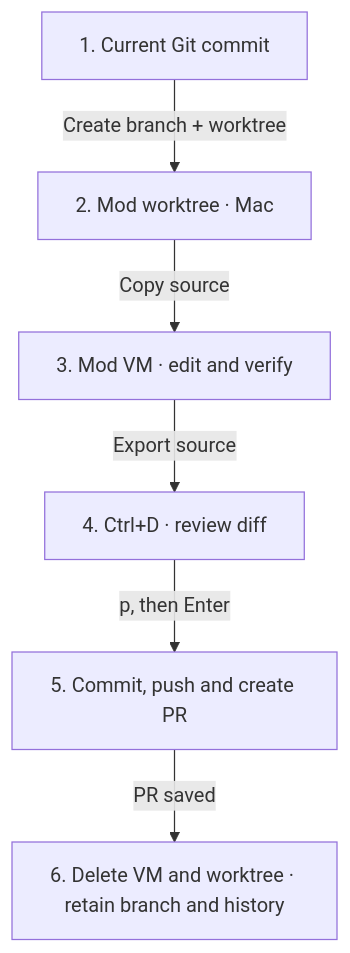
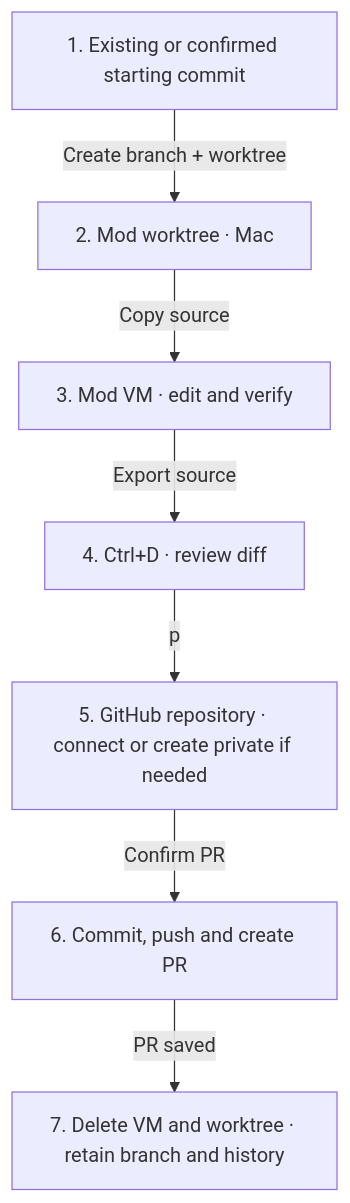
Before and after one commit to minimumeffort-dev/sprowt.harness: the first of 2 diagrams in docs/git-workflow.md, drawn with Mermaid. The commit also changed other lines of this file and 14 other files, not shown here.

Commit message:
Handle project Git setup and publish saved codemods

````diff
--- a/docs/git-workflow.md
+++ b/docs/git-workflow.md
@@ -5,8 +16,9 @@
 ```mermaid
 flowchart TB
-    base["1. Current Git commit"] -->|"Create branch + worktree"| mod["2. Mod worktree · Mac"]
+    base["1. Existing or confirmed starting commit"] -->|"Create branch + worktree"| mod["2. Mod worktree · Mac"]
     mod -->|"Copy source"| vm["3. Mod VM · edit and verify"]
     vm -->|"Export source"| review["4. Ctrl+D · review diff"]
-    review -->|"p, then Enter"| pr["5. Commit, push and create PR"]
-    pr -->|"PR saved"| cleanup["6. Delete VM and worktree · retain branch and history"]
+    review -->|"p"| destination["5. GitHub repository · connect or create private if needed"]
+    destination -->|"Confirm PR"| pr["6. Commit, push and create PR"]
+    pr -->|"PR saved"| cleanup["7. Delete VM and worktree · retain branch and history"]
 ```
````
